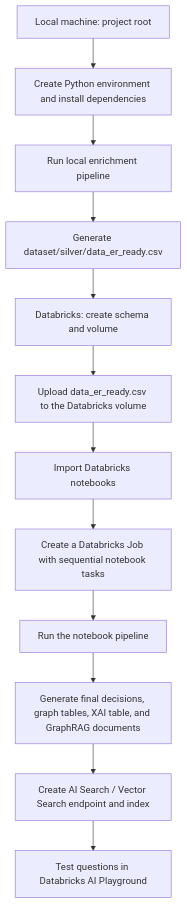
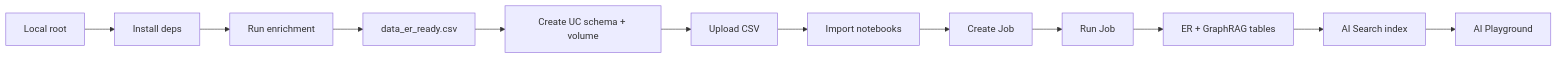
One commit to ThanhVinh-source/Entity-Resolution changed the diagram in README.md. Above: the diagram before and after it, drawn with Mermaid.

````diff
--- a/README.md
+++ b/README.md
@@ -62,14 +62,14 @@
 ```mermaid
-flowchart TD
-    A["Local machine: project root"] --> B["Create Python environment and install dependencies"]
-    B --> C["Run local enrichment pipeline"]
-    C --> D["Generate dataset/silver/data_er_ready.csv"]
-    D --> E["Databricks: create schema and volume"]
-    E --> F["Upload data_er_ready.csv to the Databricks volume"]
-    F --> G["Import Databricks notebooks"]
-    G --> H["Create a Databricks Job with sequential notebook tasks"]
-    H --> I["Run the notebook pipeline"]
-    I --> J["Generate final decisions, graph tables, XAI table, and GraphRAG documents"]
-    J --> K["Create AI Search / Vector Search endpoint and index"]
-    K --> L["Test questions in Databricks AI Playground"]
+flowchart LR
+    A["Local root"] --> B["Install deps"]
+    B --> C["Run enrichment"]
+    C --> D["data_er_ready.csv"]
+    D --> E["Create UC schema + volume"]
+    E --> F["Upload CSV"]
+    F --> G["Import notebooks"]
+    G --> H["Create Job"]
+    H --> I["Run Job"]
+    I --> J["ER + GraphRAG tables"]
+    J --> K["AI Search index"]
+    K --> L["AI Playground"]
 ```
````
